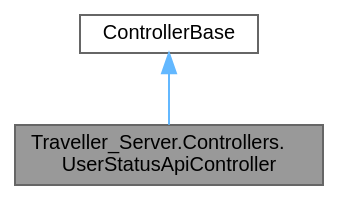
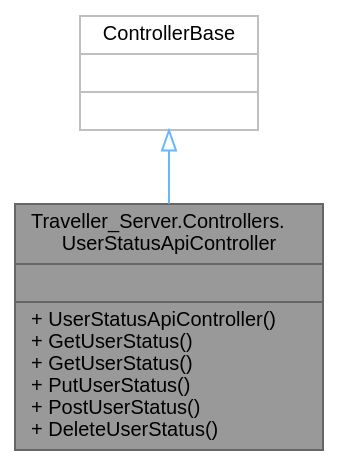
One commit to VenelinArgirov/manual-tecnico.github.io changed the diagram in Servidor/class_traveller___server_1_1_controllers_1_1_user_status_api_controller__inherit__graph.dot. Above: the diagram before and after it, drawn with Graphviz. The commit also changed 813 other files, not shown here.

```diff
--- a/Servidor/class_traveller___server_1_1_controllers_1_1_user_status_api_controller__inherit__graph.dot
+++ b/Servidor/class_traveller___server_1_1_controllers_1_1_user_status_api_controller__inherit__graph.dot
@@ -1,10 +1,10 @@
 digraph "Traveller_Server.Controllers.UserStatusApiController"
 {
  // LATEX_PDF_SIZE
   bgcolor="transparent";
   edge [fontname=Helvetica,fontsize=10,labelfontname=Helvetica,labelfontsize=10];
   node [fontname=Helvetica,fontsize=10,shape=box,height=0.2,width=0.4];
-  Node1 [label="Traveller_Server.Controllers.\lUserStatusApiController",height=0.2,width=0.4,color="gray40", fillcolor="grey60", style="filled", fontcolor="black",tooltip=" "];
-  Node2 -> Node1 [dir="back",color="steelblue1",style="solid"];
-  Node2 [label="ControllerBase",height=0.2,width=0.4,color="gray40", fillcolor="white", style="filled",tooltip=" "];
+  Node1 [shape=record,label="{Traveller_Server.Controllers.\lUserStatusApiController\n||+ UserStatusApiController()\l+ GetUserStatus()\l+ GetUserStatus()\l+ PutUserStatus()\l+ PostUserStatus()\l+ DeleteUserStatus()\l}",height=0.2,width=0.4,color="gray40", fillcolor="grey60", style="filled", fontcolor="black",tooltip=" "];
+  Node2 -> Node1 [dir="back",color="steelblue1",style="solid",arrowtail="onormal"];
+  Node2 [shape=record,label="{ControllerBase\n||}",height=0.2,width=0.4,color="grey75", fillcolor="white", style="filled",tooltip=" "];
 }
```
